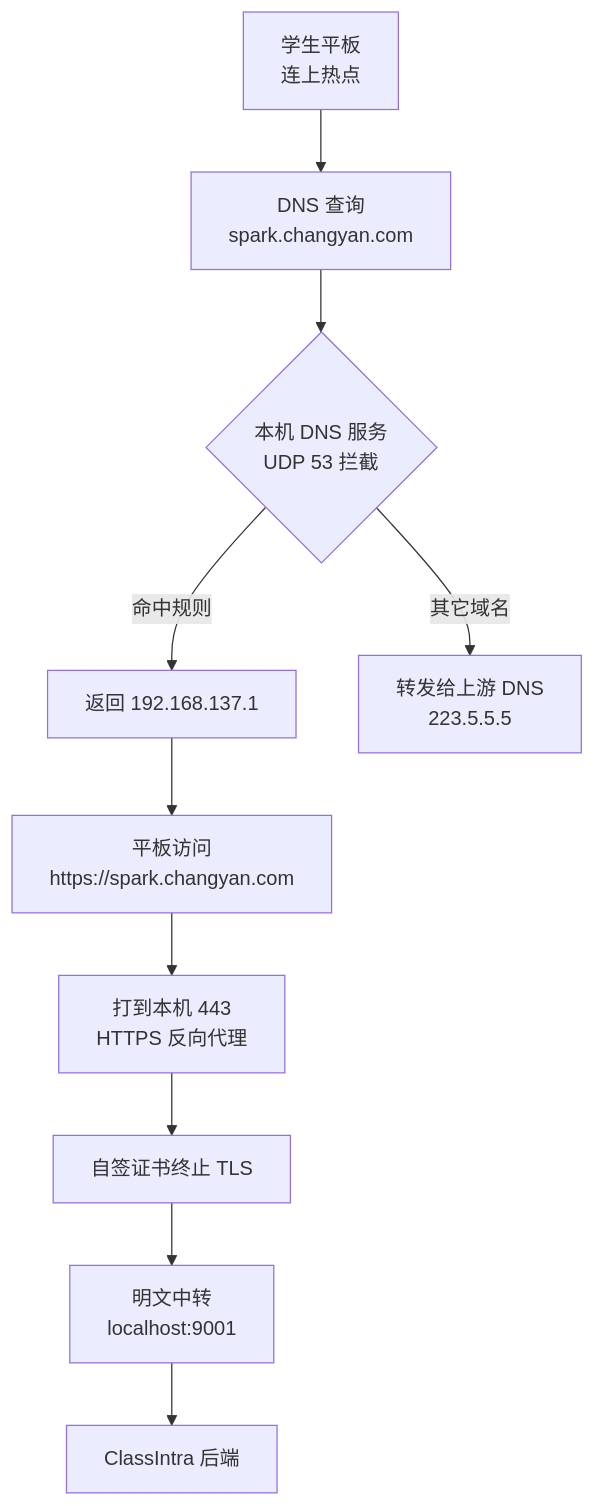
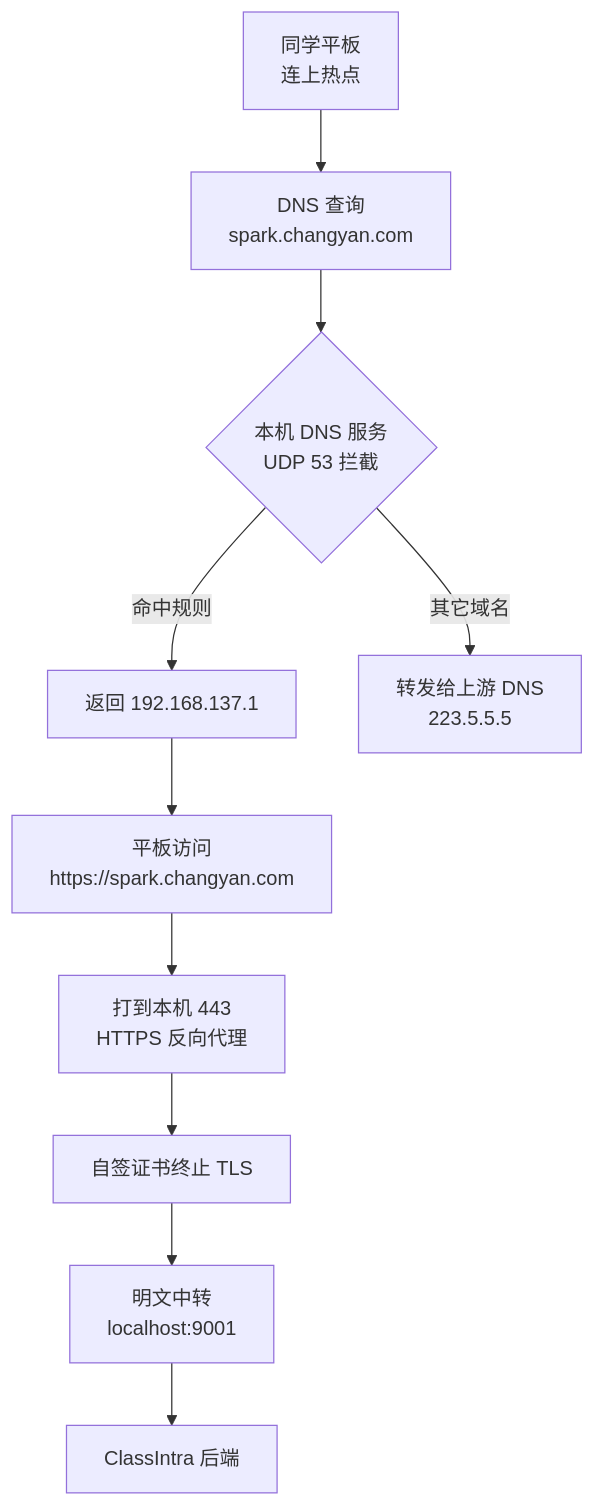
One commit to yujing0208/yujingblog-content changed the first of 2 diagrams in posts/classintra-classroom-hotspot.md. Above: the diagram before and after it, drawn with Mermaid. The commit also changed other lines of this file, not shown here.

````diff
--- a/posts/classintra-classroom-hotspot.md
+++ b/posts/classintra-classroom-hotspot.md
@@ -39,12 +45,12 @@
 ```mermaid
 graph TD
-    A[学生平板<br>连上热点] --> B[DNS 查询<br>spark.changyan.com]
+    A[同学平板<br>连上热点] --> B[DNS 查询<br>spark.changyan.com]
     B --> C{本机 DNS 服务<br>UDP 53 拦截}
     C -->|命中规则| D[返回 192.168.137.1]
     C -->|其它域名| E[转发给上游 DNS<br>223.5.5.5]
     D --> F[平板访问<br>https://spark.changyan.com]
     F --> G[打到本机 443<br>HTTPS 反向代理]
     G --> H[自签证书终止 TLS]
     H --> I[明文中转<br>localhost:9001]
     I --> J[ClassIntra 后端]
 ```
````
